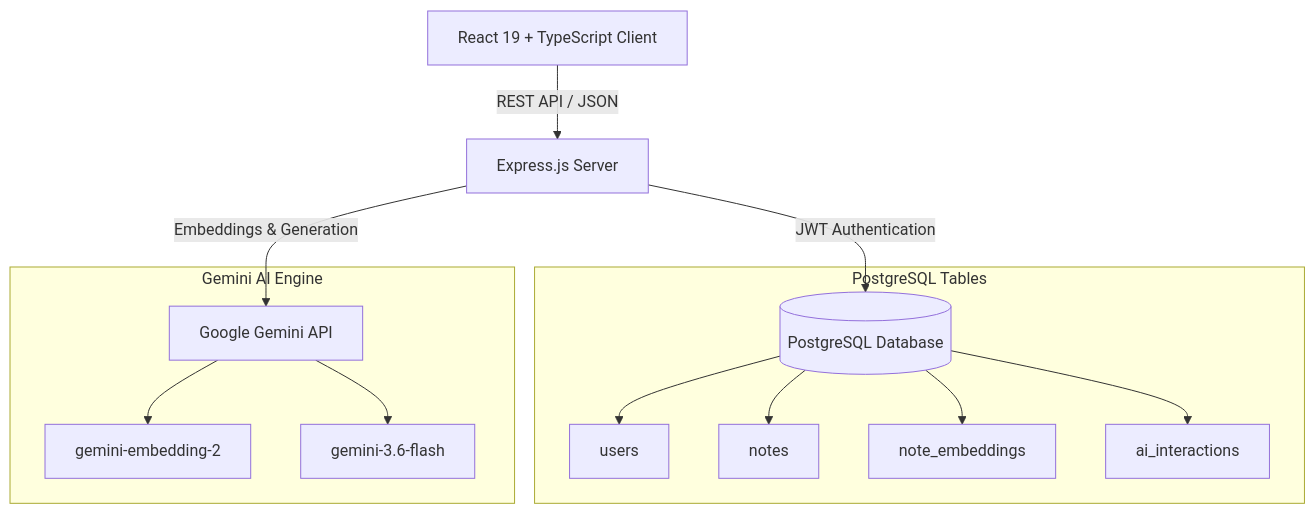
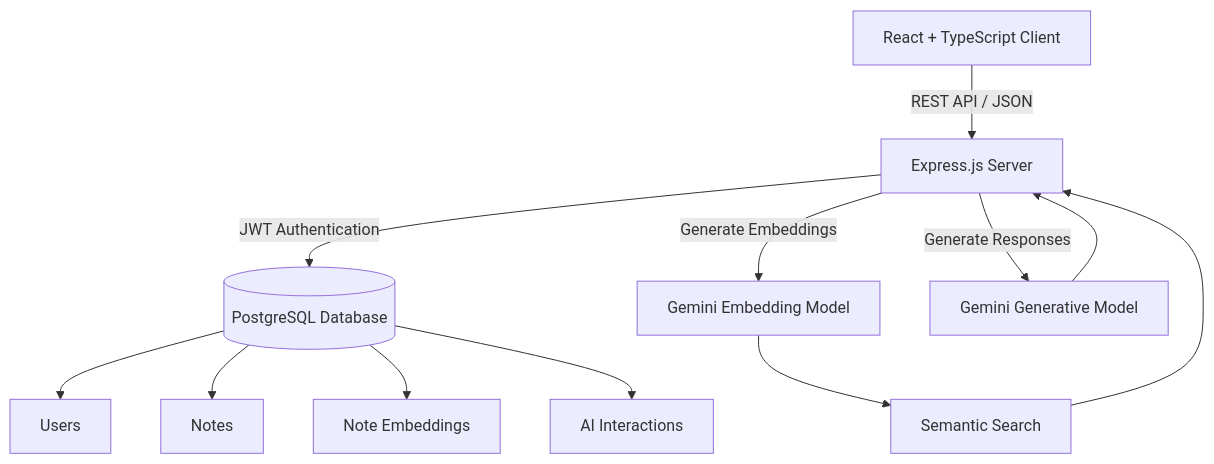
One commit to Prachi-2407/memora-ai changed the diagram in README.md. Above: the diagram before and after it, drawn with Mermaid. The commit also changed other lines of this file, not shown here.

````diff
--- a/README.md
+++ b/README.md
@@ -56,18 +91,20 @@
 ```mermaid
 graph TD
-    A[React 19 + TypeScript Client] -->|REST API / JSON| B[Express.js Server]
+    A[React + TypeScript Client] -->|REST API / JSON| B[Express.js Server]
+
     B -->|JWT Authentication| C[(PostgreSQL Database)]
-    B -->|Embeddings & Generation| D[Google Gemini API]
-    
-    subgraph PostgreSQL Tables
-        C --> T1[users]
-        C --> T2[notes]
-        C --> T3[note_embeddings]
-        C --> T4[ai_interactions]
-    end
-    
-    subgraph Gemini AI Engine
-        D --> M1[gemini-embedding-2]
-        D --> M2[gemini-3.6-flash]
-    end
+
+    B -->|Generate Embeddings| D[Gemini Embedding Model]
+
+    B -->|Generate Responses| E[Gemini Generative Model]
+
+    C --> T1[Users]
+    C --> T2[Notes]
+    C --> T3[Note Embeddings]
+    C --> T4[AI Interactions]
+
+    D --> F[Semantic Search]
+    F --> B
+
+    E --> B
 ```
````
